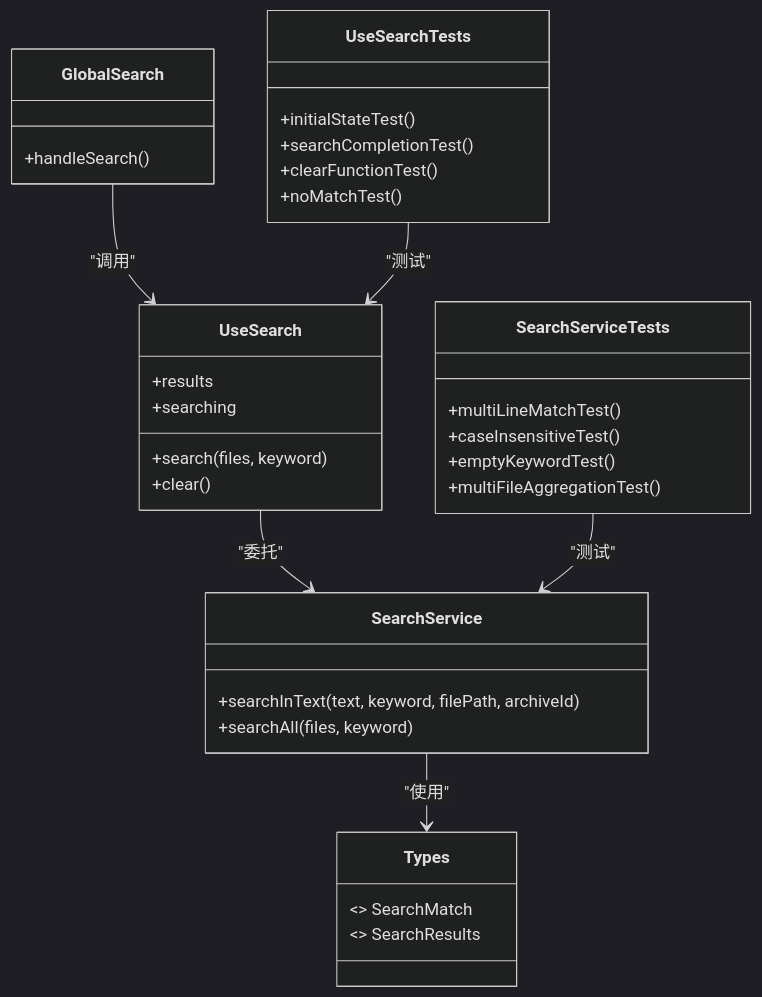
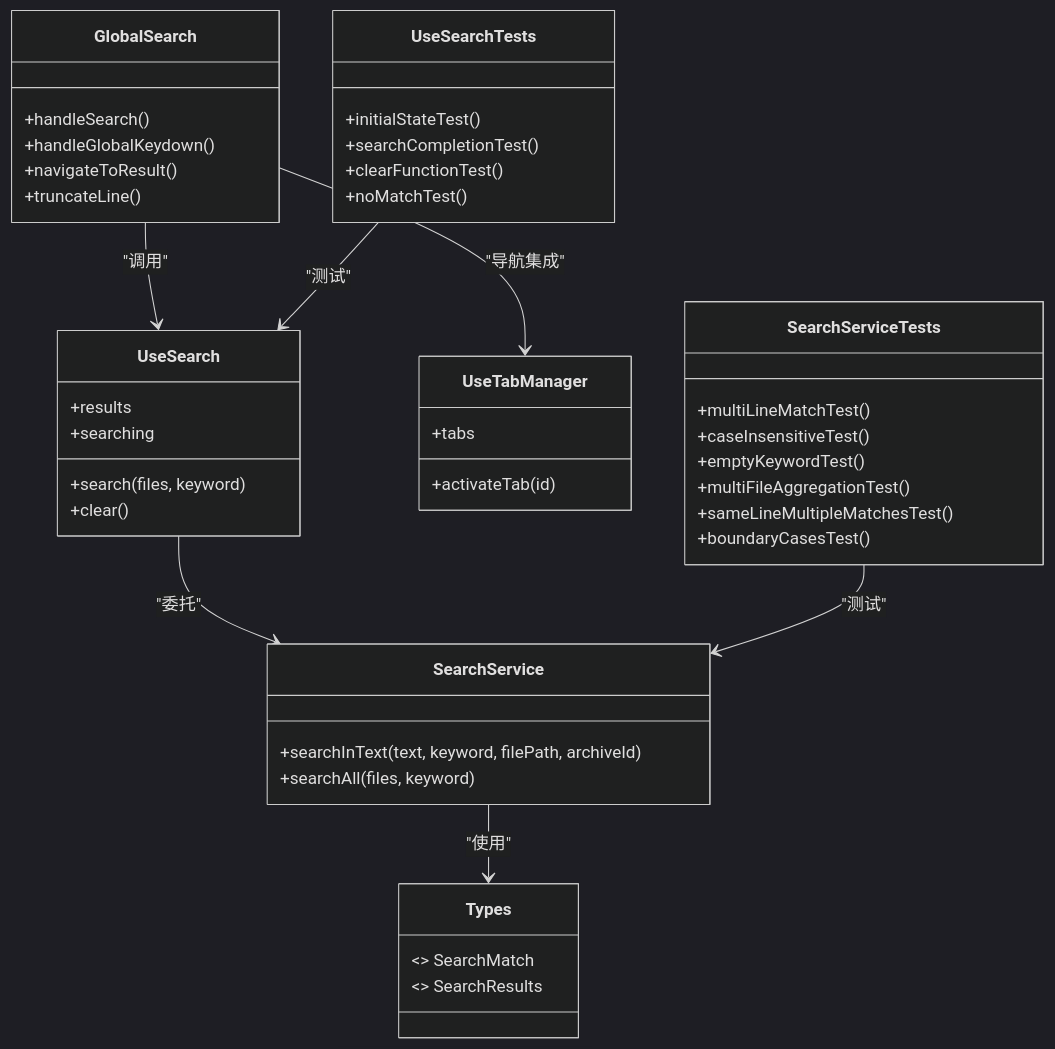
Before and after one commit to taoweidong/Hello-Tauri: the third of 4 diagrams in .qoder/repowiki/zh/content/架构设计/数据流模式/组合式函数数据逻辑/全局搜索组合函数.md, drawn with Mermaid (dark theme). The commit also changed other lines of this file and 67 other files, not shown here.

````diff
--- a/.qoder/repowiki/zh/content/架构设计/数据流模式/组合式函数数据逻辑/全局搜索组合函数.md
+++ b/.qoder/repowiki/zh/content/架构设计/数据流模式/组合式函数数据逻辑/全局搜索组合函数.md
@@ -230,37 +260,47 @@
 ```mermaid
 classDiagram
 class GlobalSearch {
 +handleSearch()
++handleGlobalKeydown()
++navigateToResult()
++truncateLine()
 }
 class UseSearch {
 +results
 +searching
 +search(files, keyword)
 +clear()
 }
 class SearchService {
 +searchInText(text, keyword, filePath, archiveId)
 +searchAll(files, keyword)
+}
+class UseTabManager {
++tabs
++activateTab(id)
 }
 class Types {
 <<interface>> SearchMatch
 <<interface>> SearchResults
 }
 class UseSearchTests {
 +initialStateTest()
 +searchCompletionTest()
 +clearFunctionTest()
 +noMatchTest()
 }
 class SearchServiceTests {
 +multiLineMatchTest()
 +caseInsensitiveTest()
 +emptyKeywordTest()
 +multiFileAggregationTest()
++sameLineMultipleMatchesTest()
++boundaryCasesTest()
 }
 GlobalSearch --> UseSearch : "调用"
+GlobalSearch --> UseTabManager : "导航集成"
 UseSearch --> SearchService : "委托"
 SearchService --> Types : "使用"
 UseSearchTests --> UseSearch : "测试"
 SearchServiceTests --> SearchService : "测试"
 ```
````
